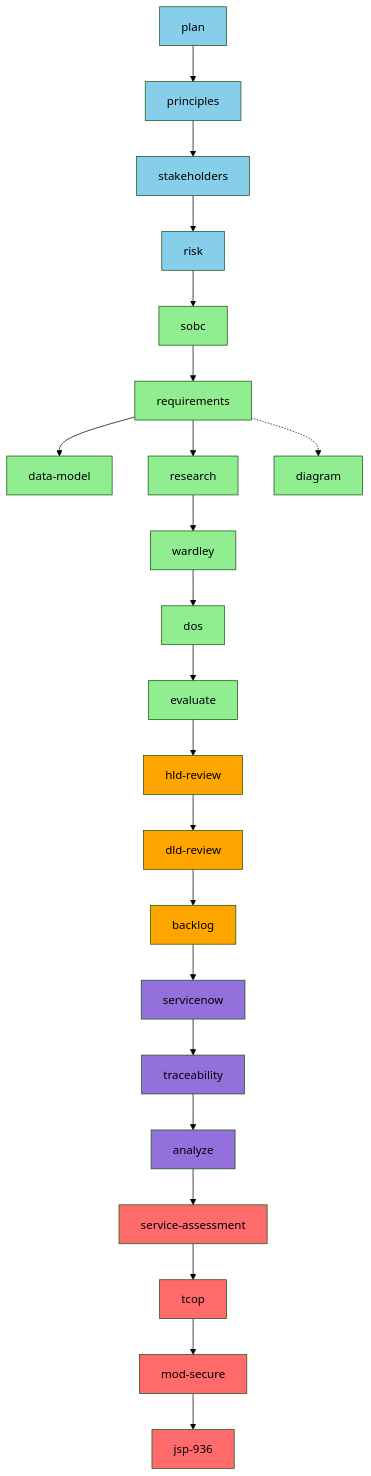
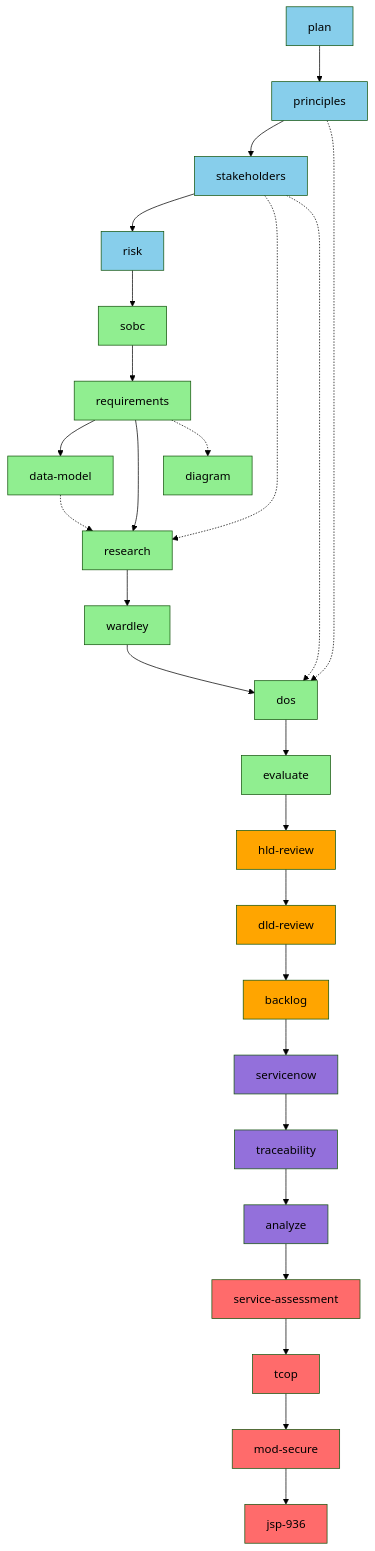
The fifth of 9 diagrams in WORKFLOW-DIAGRAMS.md (tractorjuice/arckit-test-project-v8-ons-data-platform), drawn with Mermaid (forest theme) before and after one commit. The commit also changed other lines of this file, not shown here.

First line of the commit message:
docs: update workflow diagrams to match dependency matrix v0.8.2

````diff
--- a/WORKFLOW-DIAGRAMS.md
+++ b/WORKFLOW-DIAGRAMS.md
@@ -312,64 +326,68 @@
 ```mermaid
 graph TD
     %% Tier 0-1: Foundation
     A[plan] --> B[principles]
     B --> C[stakeholders]
     C --> D[risk]
 
     %% Tier 2-3: Business Case & Requirements
     D --> E[sobc]
     E --> F[requirements]
 
     %% Tier 4: Detailed Design
     F --> G[data-model]
     F --> H[research]
+    G -.-> H
+    C -.-> H
     H --> I[wardley]
 
     %% Tier 5: MOD Procurement
-    I --> J[dos]
+    B -.-> J[dos]
+    C -.-> J
+    I --> J
     J --> K[evaluate]
 
     %% Tier 6: Design Reviews
     K --> L[hld-review]
     L --> M[dld-review]
 
     %% Tier 7: Implementation
     M --> N[backlog]
 
     %% Tier 8-9: Operations & Quality
     N --> O[servicenow]
     O --> P[traceability]
     P --> Q[analyze]
 
     %% Tier 10: MOD + AI Compliance
     Q --> R[service-assessment]
     R --> S[tcop]
     S --> T[mod-secure]
     T --> U[jsp-936]
 
     %% Optional parallel paths
     F -.-> V[diagram]
 
     style A fill:#87CEEB
     style B fill:#87CEEB
     style C fill:#87CEEB
     style D fill:#87CEEB
     style E fill:#90EE90
     style F fill:#90EE90
     style G fill:#90EE90
     style H fill:#90EE90
     style I fill:#90EE90
     style J fill:#90EE90
     style K fill:#90EE90
     style L fill:#FFA500
     style M fill:#FFA500
     style N fill:#FFA500
     style O fill:#9370DB
     style P fill:#9370DB
     style Q fill:#9370DB
     style R fill:#FF6B6B
     style S fill:#FF6B6B
     style T fill:#FF6B6B
     style U fill:#FF6B6B
     style V fill:#90EE90
 ```
````
